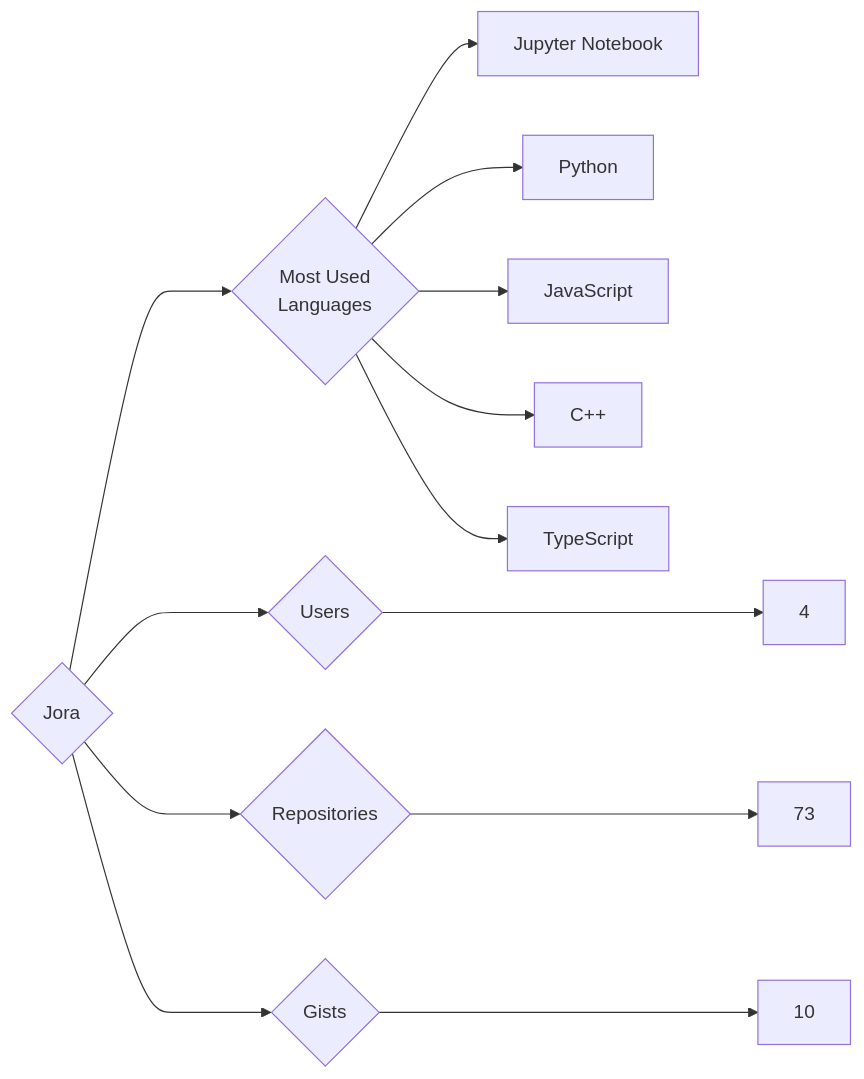
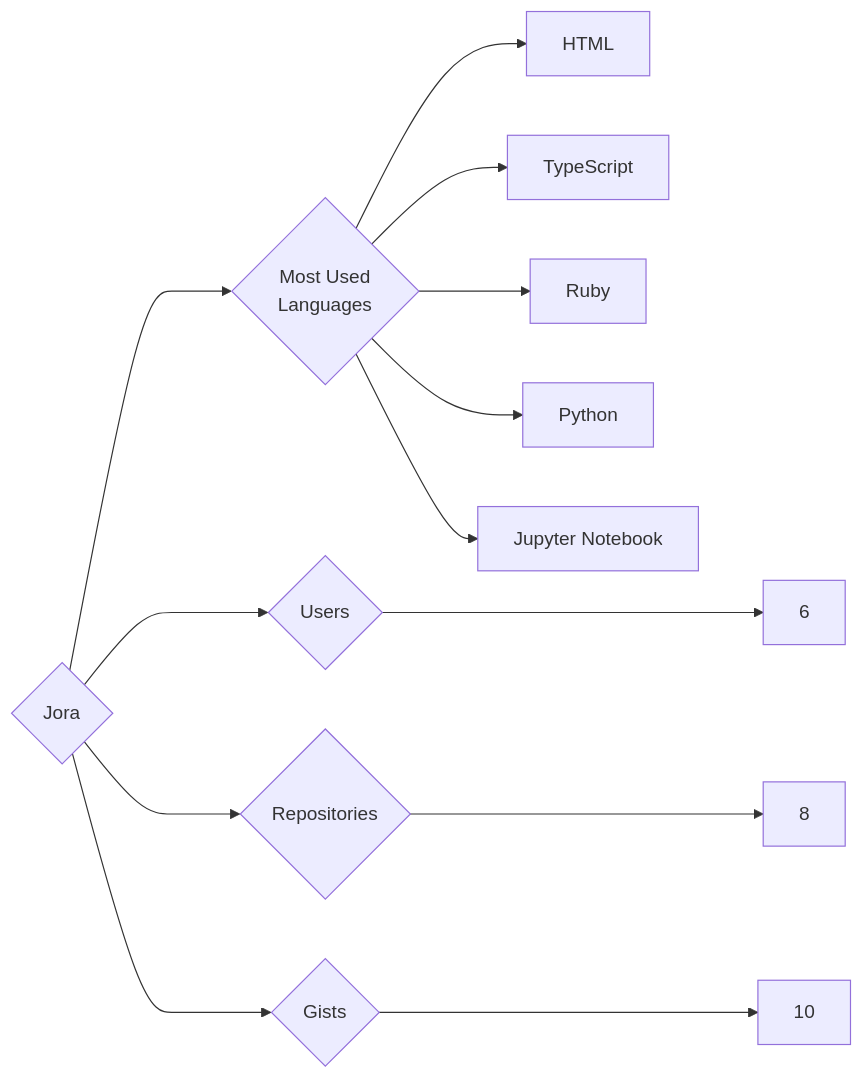
One commit to trickest/insiders changed the diagram in targets/Jora/README.md. Above: the diagram before and after it, drawn with Mermaid. The commit also changed 953 other files, not shown here.

````diff
--- a/targets/Jora/README.md
+++ b/targets/Jora/README.md
@@ -3,13 +3,13 @@
 ```mermaid
 graph LR
 COMPANY_NAME{Jora}
-COMPANY_NAME ---> U{Users} ---> UN[4]
-COMPANY_NAME ---> R{Repositories} ---> RN[73]
+COMPANY_NAME ---> U{Users} ---> UN[6]
+COMPANY_NAME ---> R{Repositories} ---> RN[8]
 COMPANY_NAME ---> G{Gists} ---> GN[10]
 COMPANY_NAME ---> ML{Most Used<br>Languages}
+ML --> HTML[HTML]
+ML --> TypeScript[TypeScript]
+ML --> Ruby[Ruby]
+ML --> Python[Python]
 ML --> Jupyter_Notebook[Jupyter Notebook]
-ML --> Python[Python]
-ML --> JavaScript[JavaScript]
-ML --> C++[C++]
-ML --> TypeScript[TypeScript]
 ```
````
